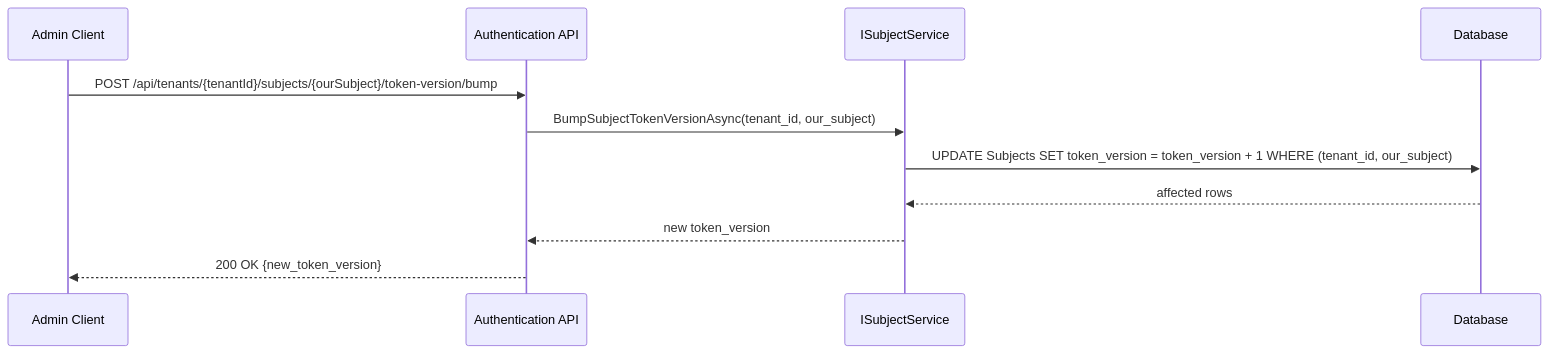
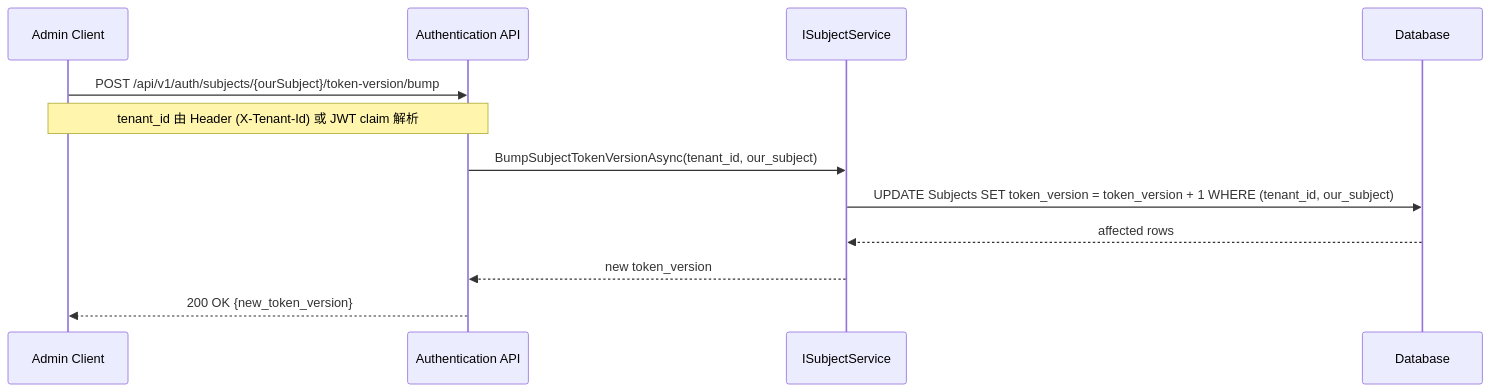
Before and after one commit to Bird73/Service: the tenth of 12 diagrams in docs/SequenceDiagrams.md, drawn with Mermaid. The commit also changed other lines of this file and 125 other files, not shown here.

````diff
--- a/docs/SequenceDiagrams.md
+++ b/docs/SequenceDiagrams.md
@@ -316,14 +318,15 @@
 ```mermaid
 sequenceDiagram
     participant Admin as Admin Client
     participant API as Authentication API
     participant SS as ISubjectService
     participant DB as Database
 
-    Admin->>API: POST /api/tenants/{tenantId}/subjects/{ourSubject}/token-version/bump
+    Admin->>API: POST /api/v1/auth/subjects/{ourSubject}/token-version/bump
+    note over Admin,API: tenant_id 由 Header (X-Tenant-Id) 或 JWT claim 解析
     API->>SS: BumpSubjectTokenVersionAsync(tenant_id, our_subject)
     SS->>DB: UPDATE Subjects SET token_version = token_version + 1 WHERE (tenant_id, our_subject)
     DB-->>SS: affected rows
     SS-->>API: new token_version
     API-->>Admin: 200 OK {new_token_version}
 ```
````
